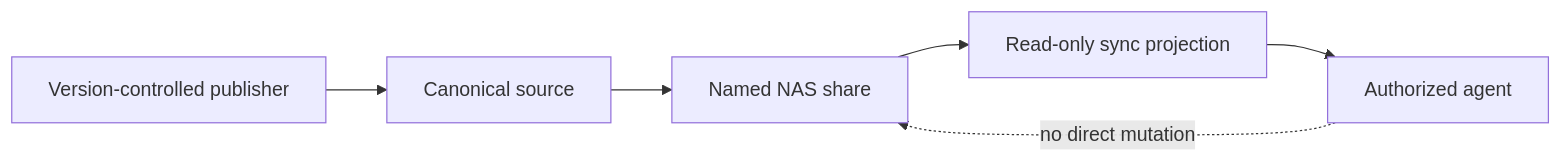
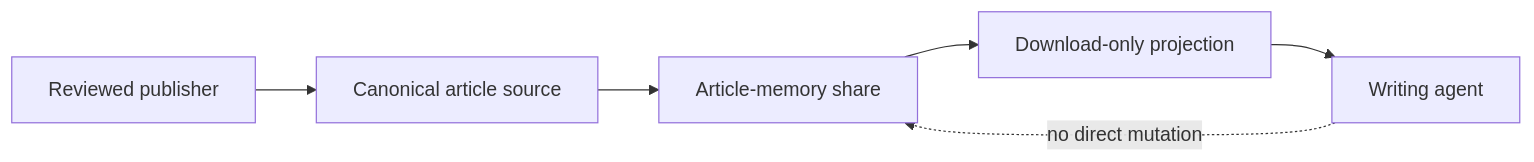
The first of 4 diagrams in notes/articles/2026-09-19-a-folder-is-not-a-permission-boundary.md (starodubtsevconsulting/ai-fleas), drawn with Mermaid before and after one commit. The commit also changed other lines of this file and 9 other files, not shown here.

Commit message:
Revise NAS agent memory article draft

````diff
--- a/notes/articles/2026-09-19-a-folder-is-not-a-permission-boundary.md
+++ b/notes/articles/2026-09-19-a-folder-is-not-a-permission-boundary.md
@@ -23,9 +21,9 @@
 ```mermaid
 flowchart LR
-    S[Canonical source] --> P[Named NAS share]
-    P --> C[Read-only sync projection]
-    C --> A[Authorized agent]
+    S[Canonical article source] --> P[Article-memory share]
+    P --> C[Download-only projection]
+    C --> A[Writing agent]
 
-    V[Version-controlled publisher] --> S
+    V[Reviewed publisher] --> S
     A -. no direct mutation .-> P
 ```
````
